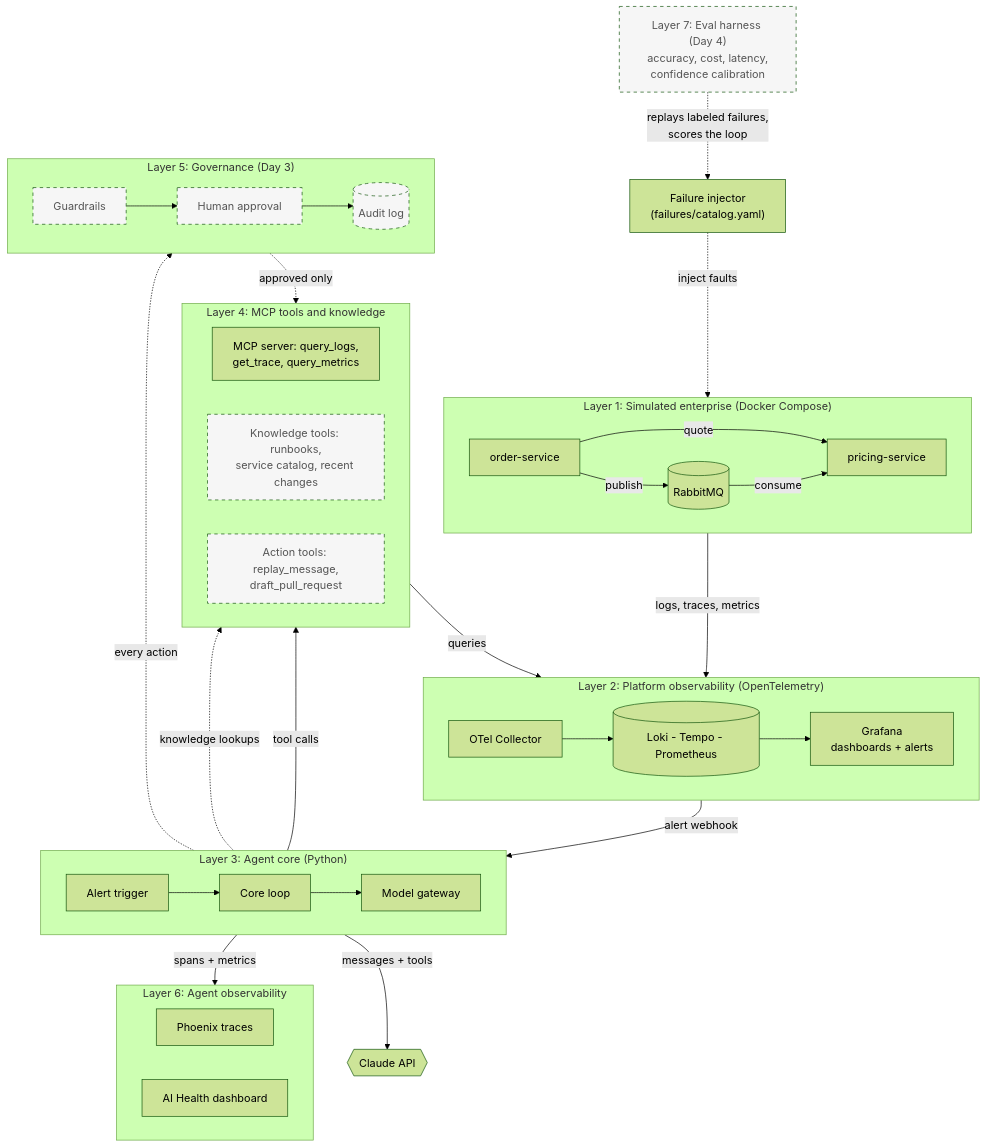
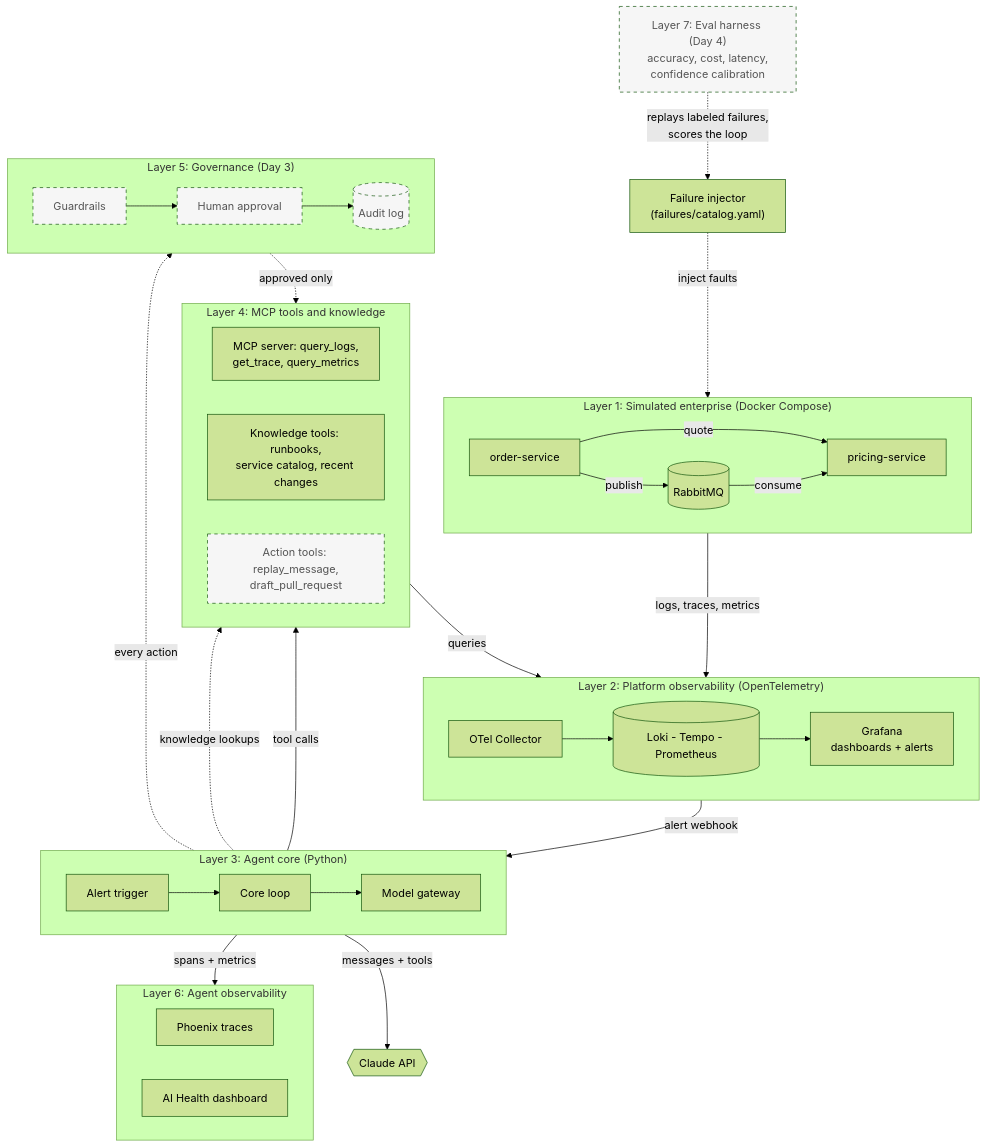
The first of 3 diagrams in docs/architecture.md (ankgupt9/agentic-incident-response), drawn with Mermaid (forest theme) before and after one commit. The commit also changed other lines of this file and 42 other files, not shown here.

Commit message:
Knowledge store: Postgres, ingestion with lint, five MCP knowledge tools, off switch, golden-query tests

````diff
--- a/docs/architecture.md
+++ b/docs/architecture.md
@@ -9,57 +9,57 @@
 ```mermaid
 flowchart TB
     INJ["Failure injector<br/>(failures/catalog.yaml)"]
 
     subgraph L1["Layer 1: Simulated enterprise (Docker Compose)"]
         direction LR
         ORD["order-service"] -- "quote" --> PRC["pricing-service"]
         ORD -- "publish" --> MQ[("RabbitMQ")]
         MQ -- "consume" --> PRC
     end
 
     subgraph L2["Layer 2: Platform observability (OpenTelemetry)"]
         direction LR
         COL["OTel Collector"] --> STORES[("Loki - Tempo - Prometheus")] --> GRAF["Grafana<br/>dashboards + alerts"]
     end
 
     subgraph L3["Layer 3: Agent core (Python)"]
         direction LR
         SVC["Alert trigger"] --> LOOP["Core loop"] --> GW["Model gateway"]
     end
 
     CLAUDE{{"Claude API"}}
 
     subgraph L4["Layer 4: MCP tools and knowledge"]
         direction LR
         MCP["MCP server: query_logs,<br/>get_trace, query_metrics"]
-        KN["Knowledge tools: runbooks,<br/>service catalog, recent changes"]:::planned
+        KN["Knowledge tools: runbooks,<br/>service catalog, recent changes"]
         ACT["Action tools: replay_message,<br/>draft_pull_request"]:::planned
     end
 
     subgraph L5["Layer 5: Governance (Day 3)"]
         direction LR
         GR["Guardrails"]:::planned --> AP["Human approval"]:::planned --> AUD[("Audit log")]:::planned
     end
 
     subgraph L6["Layer 6: Agent observability"]
         direction LR
         PHX["Phoenix traces"]
         AIH["AI Health dashboard"]
     end
 
     EVAL["Layer 7: Eval harness (Day 4)<br/>accuracy, cost, latency,<br/>confidence calibration"]:::planned
 
     INJ -. "inject faults" .-> L1
     L1 -- "logs, traces, metrics" --> L2
     GRAF -- "alert webhook" --> SVC
     GW -- "messages + tools" --> CLAUDE
     LOOP -- "tool calls" --> MCP
     MCP -- "queries" --> STORES
     LOOP -. "every action" .-> GR
     LOOP -. "knowledge lookups" .-> KN
     AP -. "approved only" .-> ACT
     LOOP -- "spans + metrics" --> L6
     EVAL -. "replays labeled failures,<br/>scores the loop" .-> INJ
 
     classDef planned stroke-dasharray: 5 5,fill:#f6f6f6,color:#555;
 ```
````
